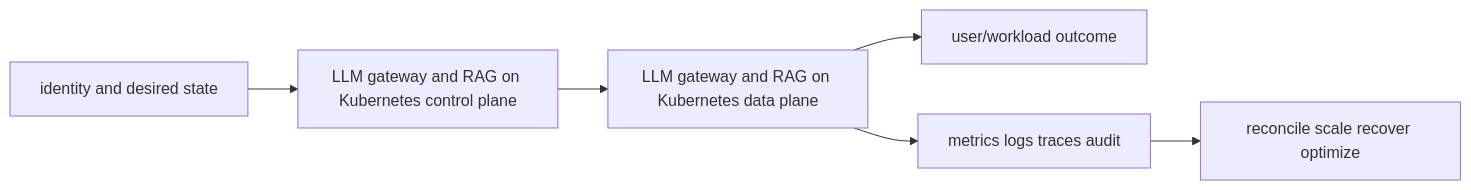
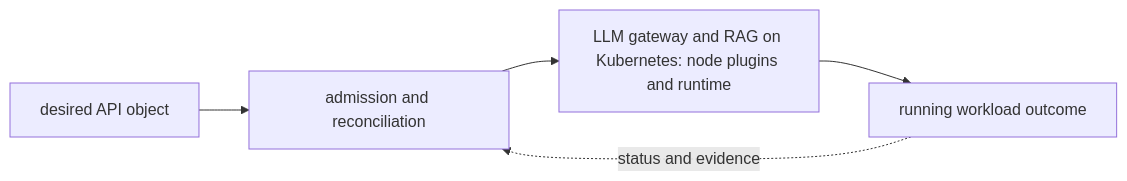
Before and after one commit to tomkidumbuyo/DevOps-interview-preparation: the diagram in 06-kubernetes/09-gpu-llmops/06-gateway-rag/README.md, drawn with Mermaid. The commit also changed other lines of this file and 753 other files, not shown here.

````diff
--- a/06-kubernetes/09-gpu-llmops/06-gateway-rag/README.md
+++ b/06-kubernetes/09-gpu-llmops/06-gateway-rag/README.md
@@ -19,8 +31,7 @@
 ```mermaid
 flowchart LR
-  I[identity and desired state] --> C[LLM gateway and RAG on Kubernetes control plane]
-  C --> D[LLM gateway and RAG on Kubernetes data plane]
-  D --> U[user/workload outcome]
-  D --> O[metrics logs traces audit]
-  O --> R[reconcile scale recover optimize]
+  A["desired API object"] --> B["admission and reconciliation"]
+  B --> C["LLM gateway and RAG on Kubernetes: node plugins and runtime"]
+  C --> D["running workload outcome"]
+  D -. "status and evidence" .-> B
 ```
````
